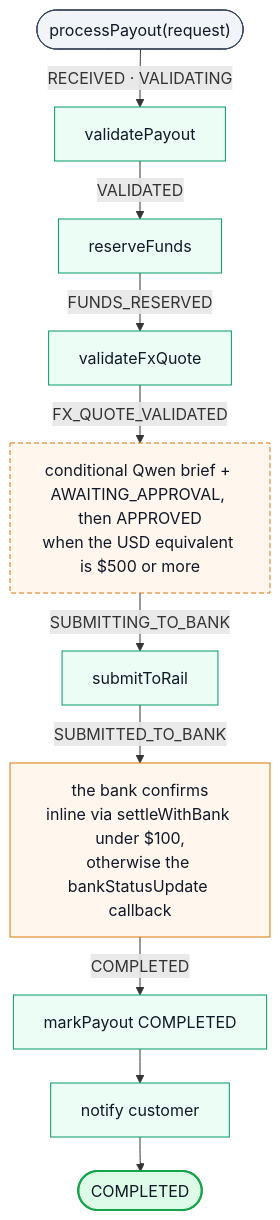
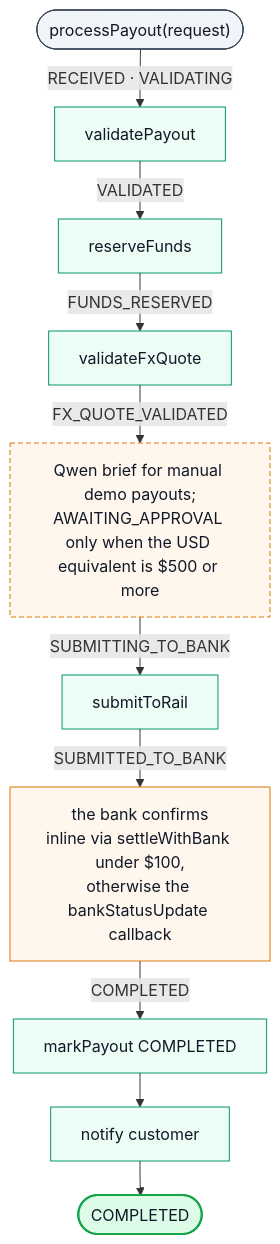
One commit to Shy/temporal-demo-payments changed the first of 2 diagrams in README.md. Above: the diagram before and after it, drawn with Mermaid. The commit also changed other lines of this file and 8 other files, not shown here.

Commit message:
Run AI briefs on low-value demo payouts and show startup progress

````diff
--- a/README.md
+++ b/README.md
@@ -160,30 +166,30 @@
 ```mermaid
 %%{init: {"flowchart": {"curve": "basis", "nodeSpacing": 25, "rankSpacing": 34}} }%%
 flowchart TD
     START(["processPayout(request)"]):::term
     V["validatePayout"]:::act
     R["reserveFunds"]:::act
     F["validateFxQuote"]:::act
-    APP["conditional Qwen brief + AWAITING_APPROVAL, then APPROVED<br/>when the USD equivalent is $500 or more"]:::opt
+    APP["Qwen brief for manual demo payouts;<br/>AWAITING_APPROVAL only when the USD equivalent is $500 or more"]:::opt
     S["submitToRail"]:::act
     B["the bank confirms<br/>inline via settleWithBank under $100,<br/>otherwise the bankStatusUpdate callback"]:::wait
     M["markPayout COMPLETED"]:::act
     N["notify customer"]:::act
     DONE(["COMPLETED"]):::ok
 
     START -->|"RECEIVED · VALIDATING"| V
     V -->|"VALIDATED"| R
     R -->|"FUNDS_RESERVED"| F
     F -->|"FX_QUOTE_VALIDATED"| APP
     APP -->|"SUBMITTING_TO_BANK"| S
     S -->|"SUBMITTED_TO_BANK"| B
     B -->|"COMPLETED"| M
     M --> N
     N --> DONE
 
     classDef act fill:#ecfdf5,stroke:#059669,color:#111827
     classDef wait fill:#fff7ed,stroke:#d97706,color:#111827
     classDef opt fill:#fff7ed,stroke:#d97706,stroke-dasharray:5 3,color:#111827
     classDef ok fill:#dcfce7,stroke:#16a34a,stroke-width:2px,color:#111827
     classDef term fill:#f1f5f9,stroke:#334155,color:#111827
 ```
````
